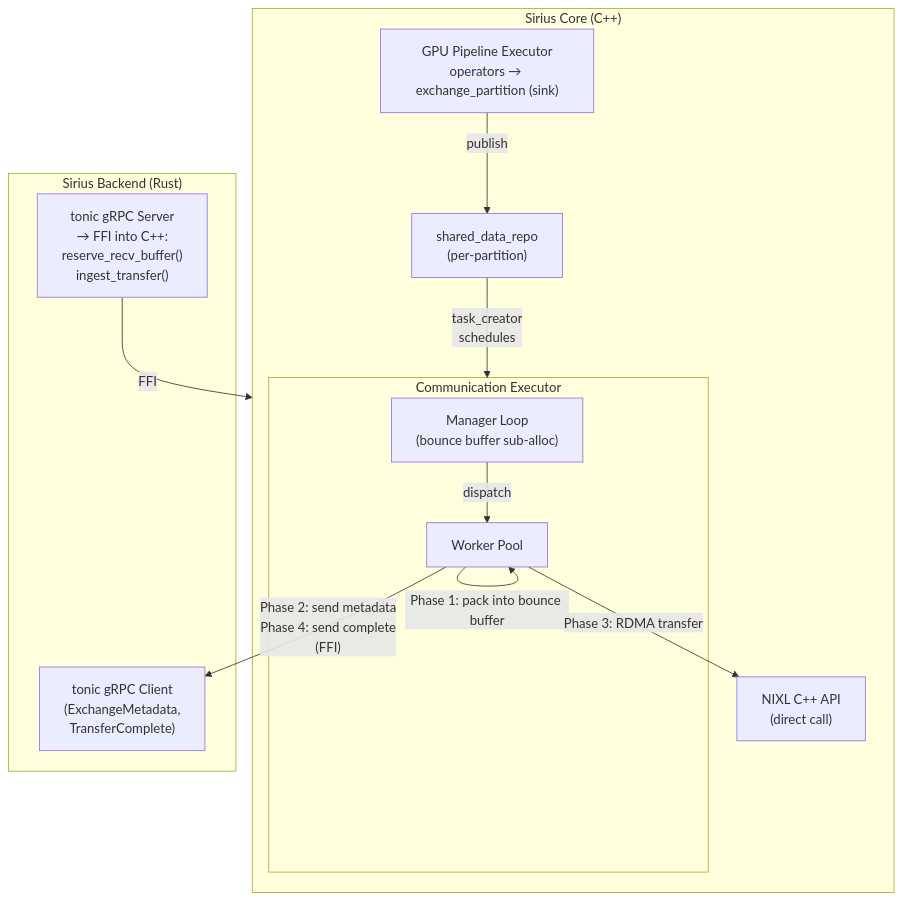
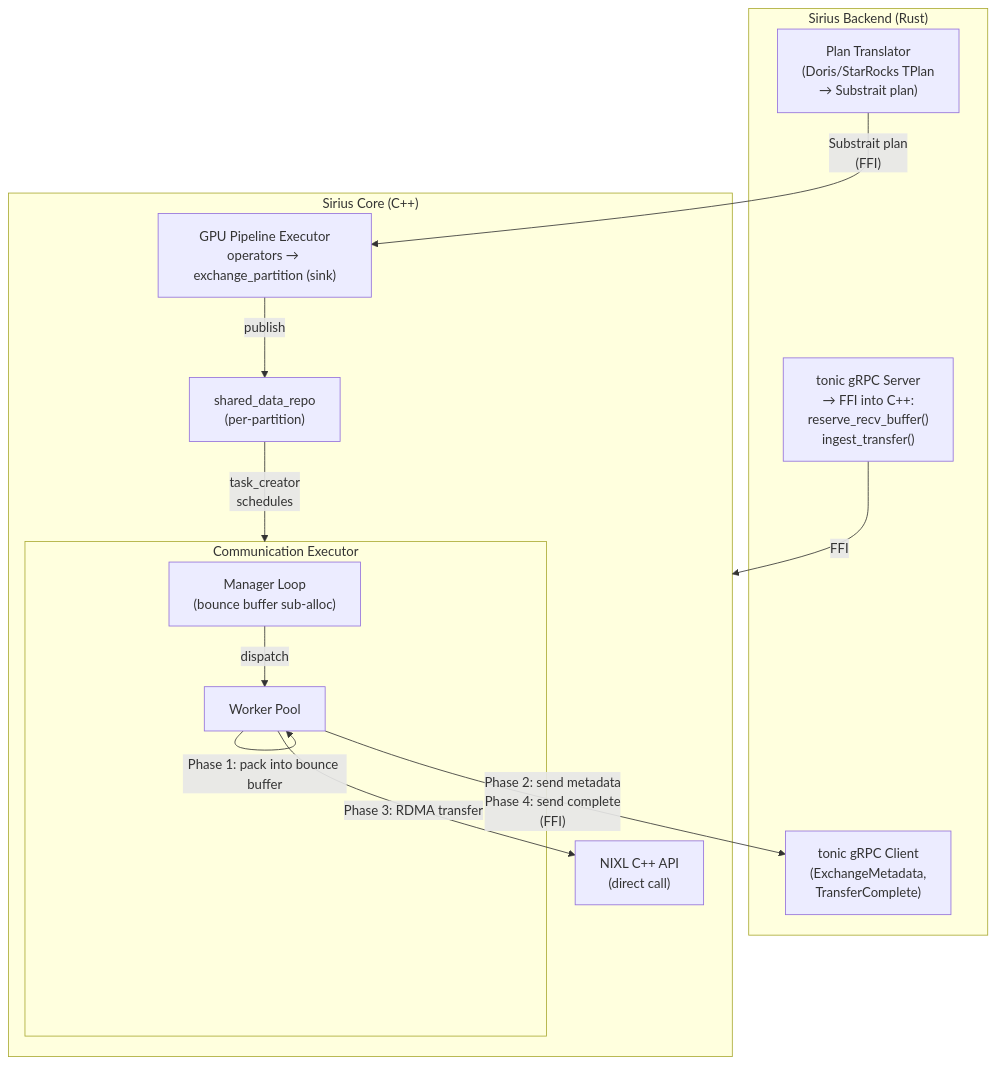
The second of 8 diagrams in docs/super-sirius/exchange-integration.md (sirius-db/sirius), drawn with Mermaid before and after one commit. The commit also changed other lines of this file, not shown here.

First line of the commit message:
docs: show Rust plan translation (TPlan → Substrait) in diagrams

````diff
--- a/docs/super-sirius/exchange-integration.md
+++ b/docs/super-sirius/exchange-integration.md
@@ -67,23 +71,25 @@
 ```mermaid
 graph TB
+    subgraph rust["Sirius Backend (Rust)"]
+        PT["Plan Translator\n(Doris/StarRocks TPlan\n→ Substrait plan)"]
+        TC["tonic gRPC Client\n(ExchangeMetadata,\nTransferComplete)"]
+        TS["tonic gRPC Server\n→ FFI into C++:\nreserve_recv_buffer()\ningest_transfer()"]
+    end
+
     subgraph core["Sirius Core (C++)"]
         GPU["GPU Pipeline Executor\noperators → exchange_partition (sink)"]
         GPU -->|publish| REPO["shared_data_repo\n(per-partition)"]
         REPO -->|"task_creator\nschedules"| COMM
 
         subgraph COMM["Communication Executor"]
             ML["Manager Loop\n(bounce buffer sub-alloc)"] -->|dispatch| WP["Worker Pool"]
         end
 
         WP -->|"Phase 1: pack into bounce buffer"| WP
         WP -->|"Phase 3: RDMA transfer"| NIXL_CPP["NIXL C++ API\n(direct call)"]
     end
 
-    subgraph rust["Sirius Backend (Rust)"]
-        TC["tonic gRPC Client\n(ExchangeMetadata,\nTransferComplete)"]
-        TS["tonic gRPC Server\n→ FFI into C++:\nreserve_recv_buffer()\ningest_transfer()"]
-    end
-
+    PT -->|"Substrait plan\n(FFI)"| GPU
     WP -->|"Phase 2: send metadata\nPhase 4: send complete\n(FFI)"| TC
     TS -->|"FFI"| core
 ```
````
